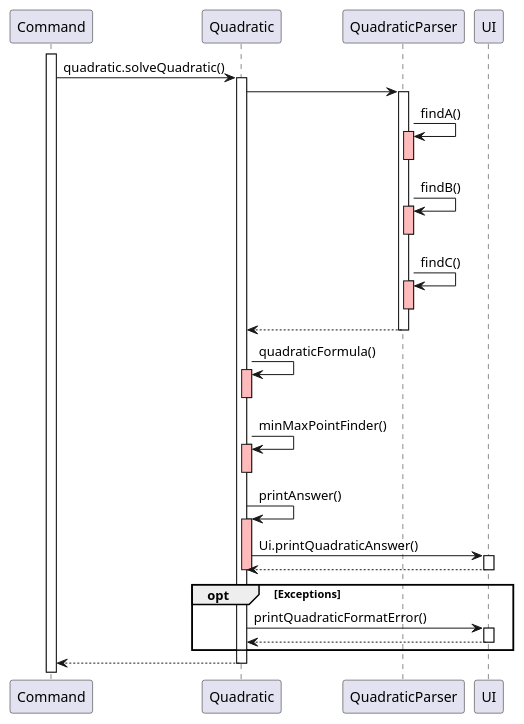
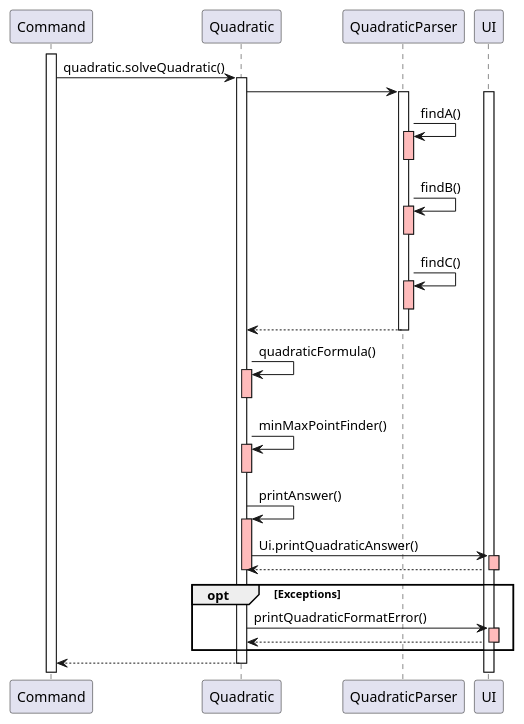
One commit to nus-cs2113-AY2223S2/tp changed the diagram in docs/QuadraticSolver.puml. Above: the diagram before and after it, drawn with PlantUML.

Commit message:
amended sequence diagram for quadratic

```diff
--- a/docs/QuadraticSolver.puml
+++ b/docs/QuadraticSolver.puml
@@ -1,41 +1,42 @@
 @startuml
 'https://plantuml.com/sequence-diagram
 
 activate Command
 Command -> Quadratic: quadratic.solveQuadratic()
 activate Quadratic
 Quadratic -> QuadraticParser
 activate QuadraticParser
+activate UI
 QuadraticParser -> QuadraticParser : findA()
 activate QuadraticParser #FFBBBB
 deactivate QuadraticParser
 QuadraticParser -> QuadraticParser : findB()
 activate QuadraticParser #FFBBBB
 deactivate QuadraticParser
 QuadraticParser -> QuadraticParser : findC()
 activate QuadraticParser #FFBBBB
 deactivate QuadraticParser
 QuadraticParser --> Quadratic
 deactivate QuadraticParser
 Quadratic -> Quadratic: quadraticFormula()
 activate Quadratic #FFBBBB
 deactivate Quadratic
 Quadratic -> Quadratic: minMaxPointFinder()
 activate Quadratic #FFBBBB
 deactivate Quadratic
 Quadratic -> Quadratic: printAnswer()
 activate Quadratic #FFBBBB
 Quadratic -> UI: Ui.printQuadraticAnswer()
-activate UI
+activate UI #FFBBBB
 UI --> Quadratic
 deactivate UI
 deactivate Quadratic
 opt Exceptions
 Quadratic -> UI: printQuadraticFormatError()
-activate UI
+activate UI #FFBBBB
 UI --> Quadratic
 deactivate UI
 end opt
 Quadratic --> Command
 deactivate Quadratic
 @enduml
```
